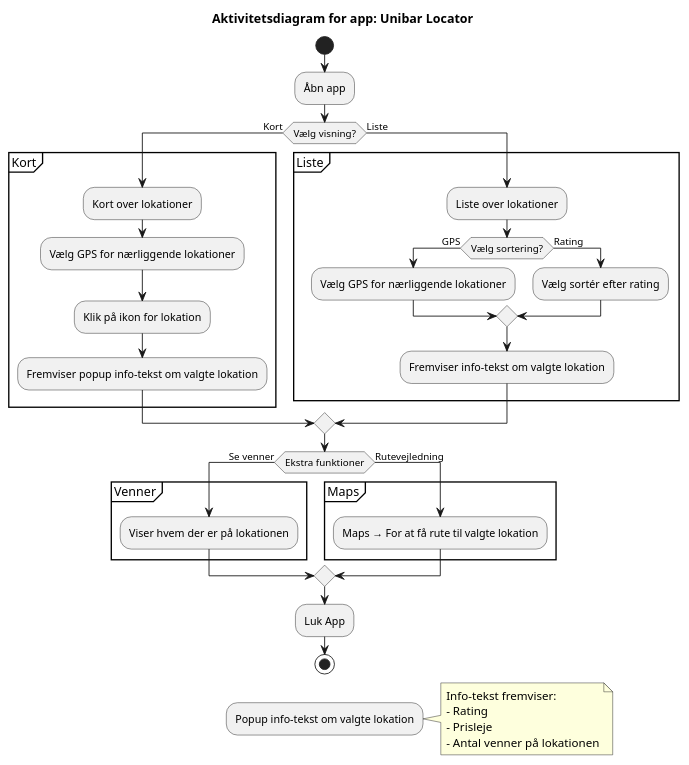
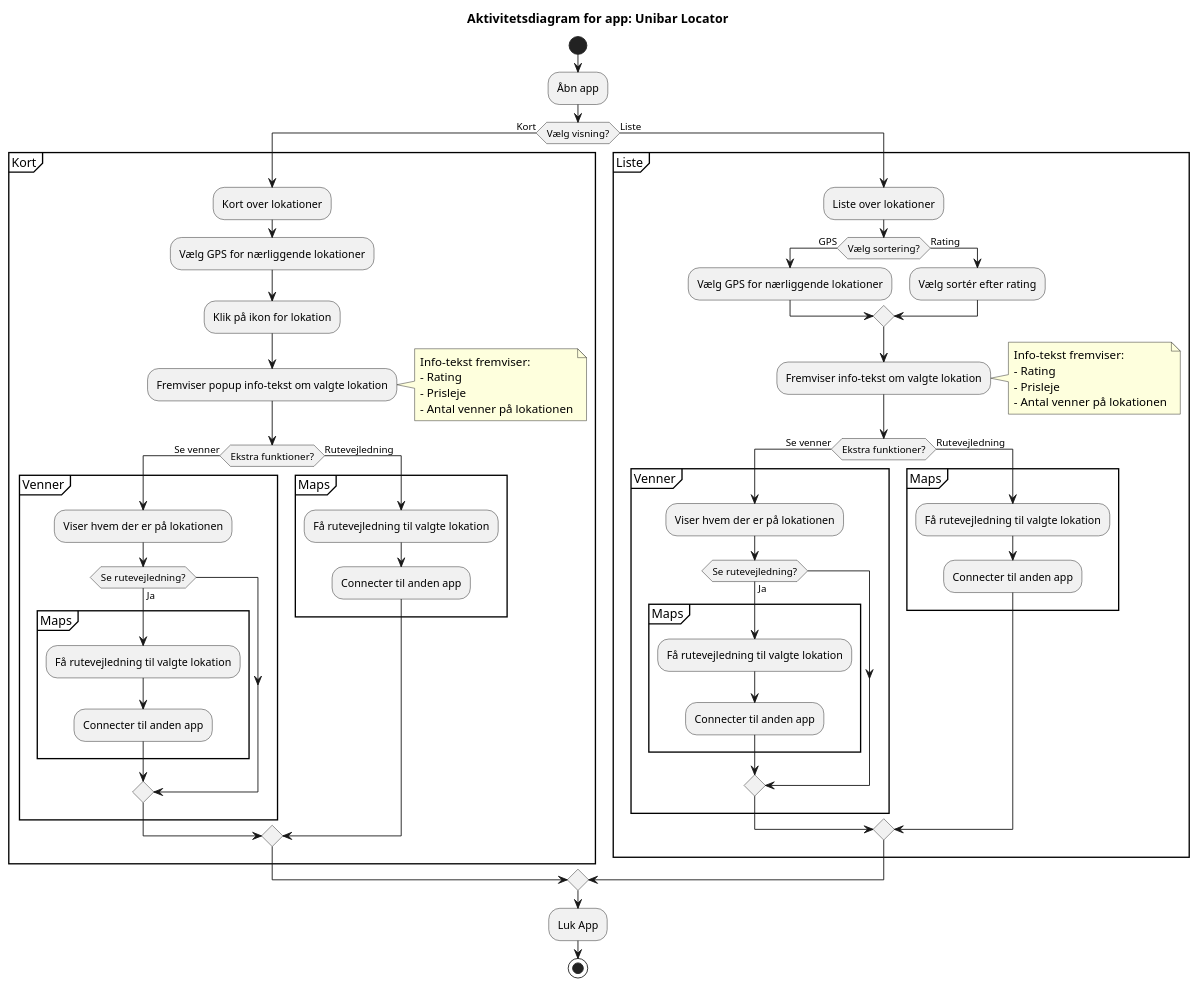
Before and after one commit to QMalikat/SoftwareArkitektur: the diagram in Aktivitetsdiagram.puml, drawn with PlantUML.

```diff
--- a/Aktivitetsdiagram.puml
+++ b/Aktivitetsdiagram.puml
@@ -1,47 +1,77 @@
 @startuml
 title Aktivitetsdiagram for app: Unibar Locator
 
 start
 :Åbn app;
 
 if (Vælg visning?) then (Kort)
   partition "Kort" {
     :Kort over lokationer;
     :Vælg GPS for nærliggende lokationer;
     :Klik på ikon for lokation;
     :Fremviser popup info-tekst om valgte lokation;
-    }
+    note right
+  Info-tekst fremviser:
+  - Rating
+  - Prisleje
+  - Antal venner på lokationen
+end note
+    
+    if (Ekstra funktioner?) then (Se venner)
+      partition "Venner" {
+        :Viser hvem der er på lokationen;
+        if (Se rutevejledning?) then (Ja)
+          partition "Maps" {
+            :Få rutevejledning til valgte lokation;
+            :Connecter til anden app;
+          }
+        endif
+      }
+    else (Rutevejledning)
+      partition "Maps" {
+        :Få rutevejledning til valgte lokation;
+        :Connecter til anden app;
+      }
+    endif
+  }
 else (Liste)
   partition "Liste" {
     :Liste over lokationer;
     if (Vælg sortering?) then (GPS)
       :Vælg GPS for nærliggende lokationer;
     else (Rating)
       :Vælg sortér efter rating;
     endif
     :Fremviser info-tekst om valgte lokation;
-  }
-endif
-
-if (Ekstra funktioner) then (Se venner)
-    partition "Venner" {
-        :Viser hvem der er på lokationen;
-    }  
-else (Rutevejledning)
-    partition "Maps" {
-        :Maps → For at få rute til valgte lokation;
-    }
-endif
-
-:Luk App;
-stop
-
-:Popup info-tekst om valgte lokation;
-note right
+    note right
   Info-tekst fremviser:
   - Rating
   - Prisleje
   - Antal venner på lokationen
 end note
+    
+    if (Ekstra funktioner?) then (Se venner)
+      partition "Venner" {
+        :Viser hvem der er på lokationen;
+        if (Se rutevejledning?) then (Ja)
+          partition "Maps" {
+            :Få rutevejledning til valgte lokation;
+            :Connecter til anden app;
+          }
+        endif
+      }
+    else (Rutevejledning)
+      partition "Maps" {
+        :Få rutevejledning til valgte lokation;
+        :Connecter til anden app;
+      }
+    endif
+  }
+endif
 
-@enduml
+:Luk App;
+
+
+
+stop
+@endu
```
